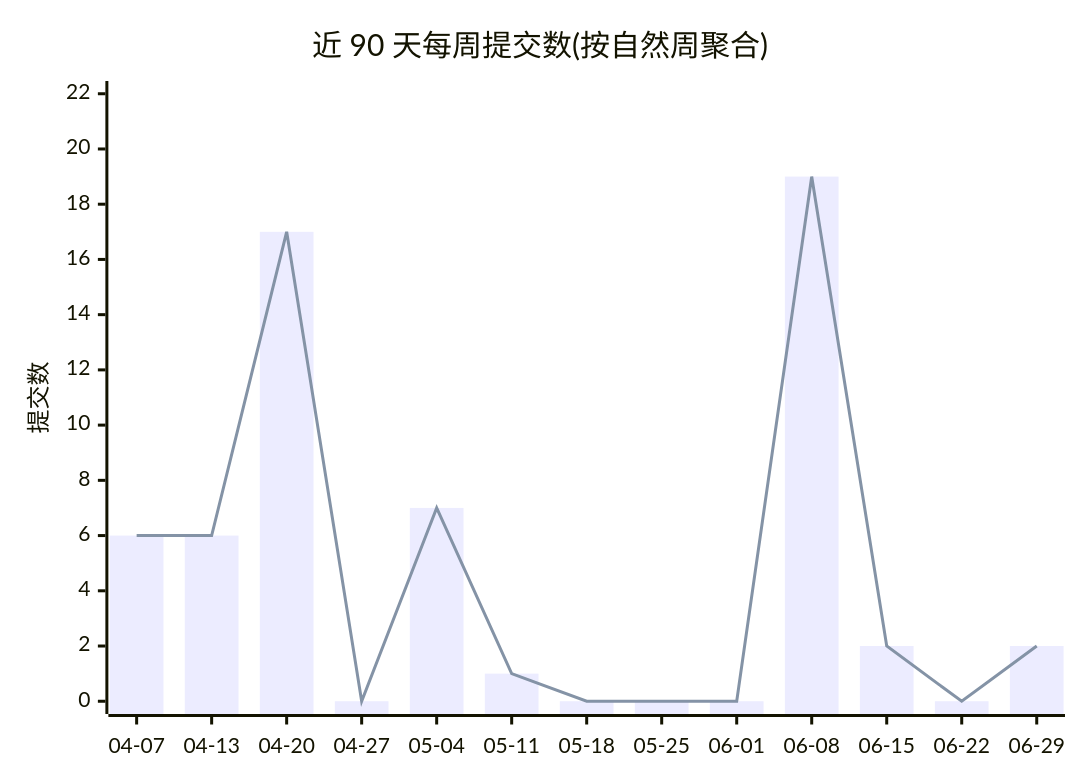
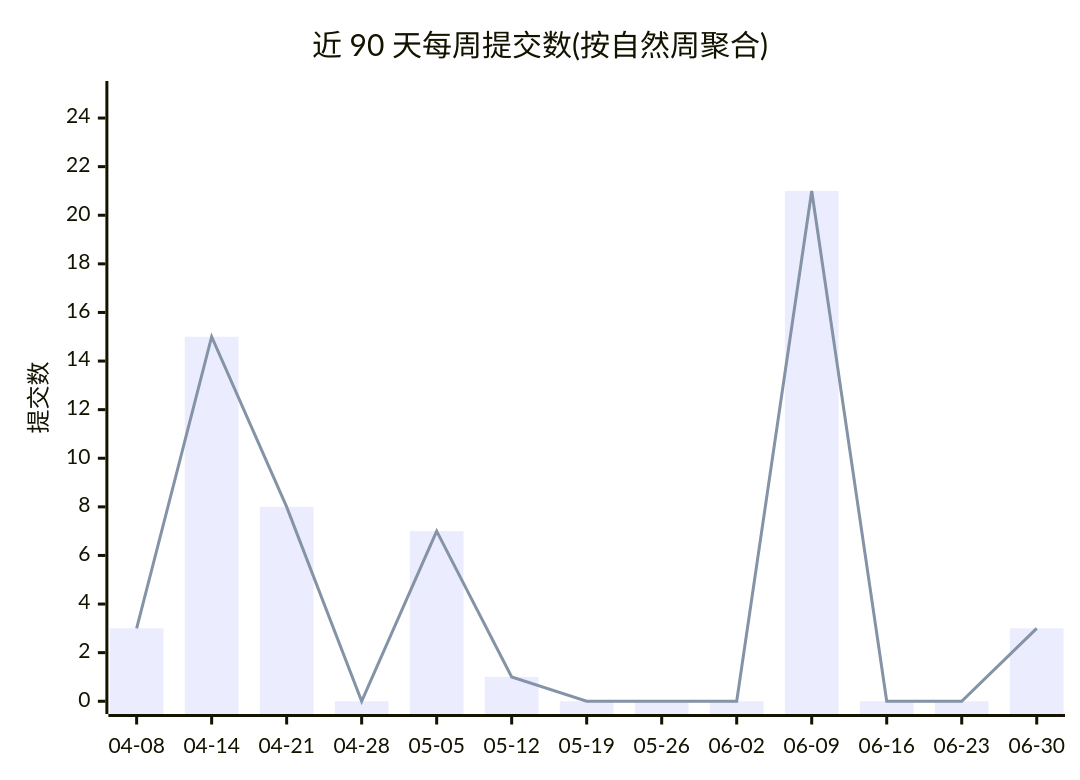
One commit to Conflux-Union/.github changed the first of 2 diagrams in profile/README.md. Above: the diagram before and after it, drawn with Mermaid. The commit also changed other lines of this file and 1 other file, not shown here.

````diff
--- a/profile/README.md
+++ b/profile/README.md
@@ -44,8 +44,8 @@
 ```mermaid
 xychart-beta
     title "近 90 天每周提交数(按自然周聚合)"
-    x-axis ["04-07", "04-13", "04-20", "04-27", "05-04", "05-11", "05-18", "05-25", "06-01", "06-08", "06-15", "06-22", "06-29"]
-    y-axis "提交数" 0 --> 22
-    bar [6, 6, 17, 0, 7, 1, 0, 0, 0, 19, 2, 0, 2]
-    line [6, 6, 17, 0, 7, 1, 0, 0, 0, 19, 2, 0, 2]
+    x-axis ["04-08", "04-14", "04-21", "04-28", "05-05", "05-12", "05-19", "05-26", "06-02", "06-09", "06-16", "06-23", "06-30"]
+    y-axis "提交数" 0 --> 25
+    bar [3, 15, 8, 0, 7, 1, 0, 0, 0, 21, 0, 0, 3]
+    line [3, 15, 8, 0, 7, 1, 0, 0, 0, 21, 0, 0, 3]
 ```
````
